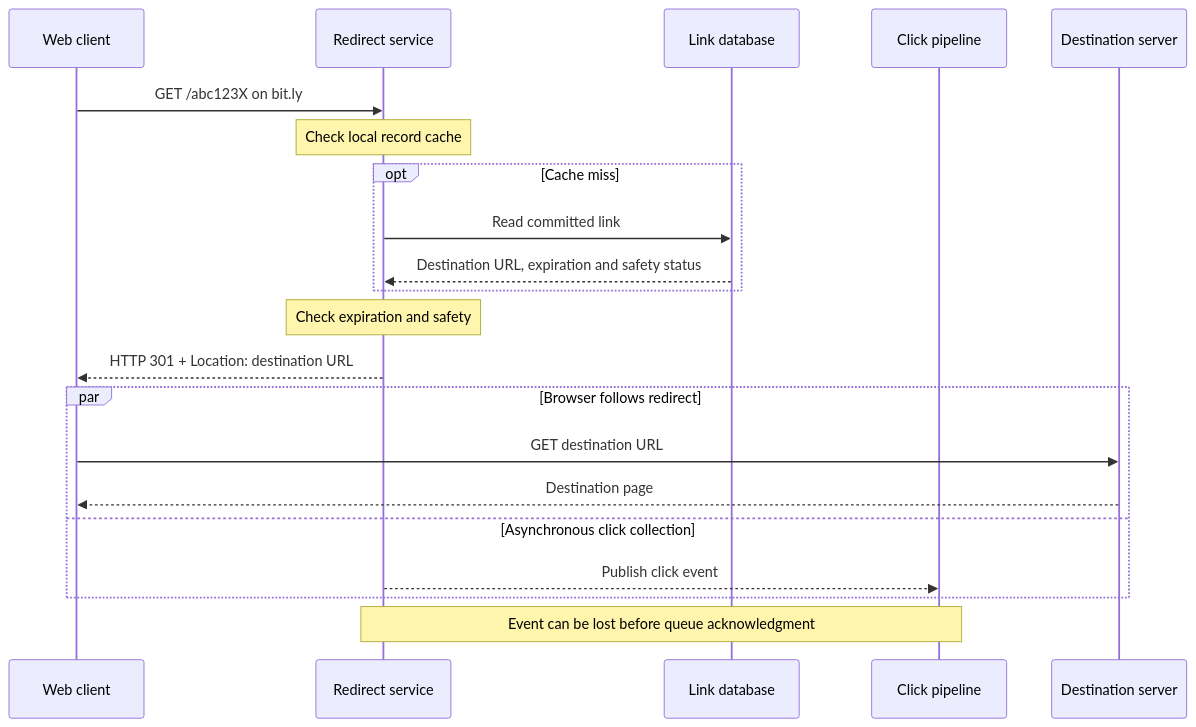
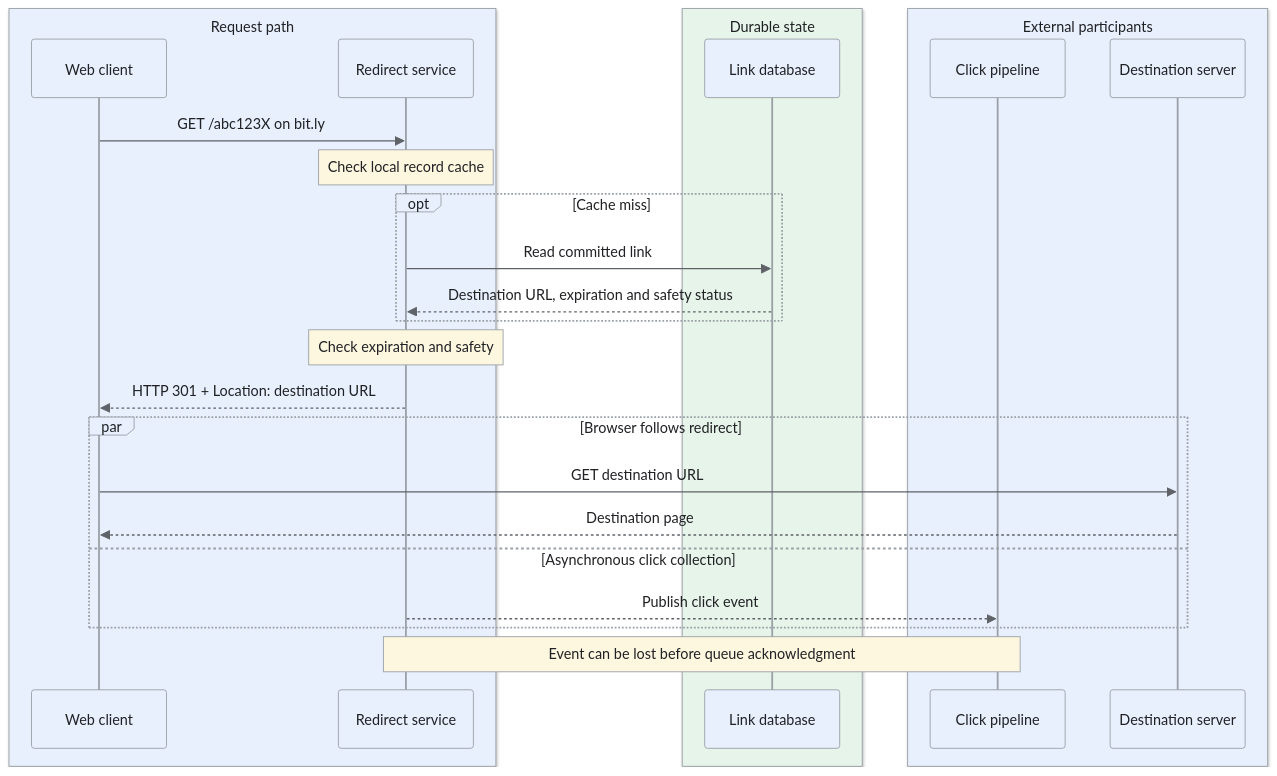
Before and after one commit to iliazlobin/iliazlobin.github.io: the third of 7 diagrams in _designs/system-design-bitly-url-shortener.md, drawn with Mermaid. The commit also changed other lines of this file and 131 other files, not shown here.

````diff
--- a/_designs/system-design-bitly-url-shortener.md
+++ b/_designs/system-design-bitly-url-shortener.md
@@ -293,23 +294,30 @@
 ```mermaid
+%%{init: {"theme":"base","themeVariables":{"primaryColor":"#e8f0fe","primaryBorderColor":"#9aa0a6","primaryTextColor":"#202124","secondaryColor":"#e6f4ea","tertiaryColor":"#fef7e0","lineColor":"#5f6368","actorBkg":"#e8f0fe","actorBorder":"#9aa0a6","actorTextColor":"#202124","noteBkgColor":"#fef7e0","noteBorderColor":"#9aa0a6","noteTextColor":"#202124","signalColor":"#5f6368","signalTextColor":"#202124"}}}%%
 sequenceDiagram
-    participant W as Web client
-    participant R as Redirect service
-    participant D as Link database
-    participant P as Click pipeline
-    participant T as Destination server
+  box rgb(232,240,254) Request path
+  participant W as Web client
+  participant R as Redirect service
+  end
+  box rgb(230,244,234) Durable state
+  participant D as Link database
+  end
+  box rgb(232,240,254) External participants
+  participant P as Click pipeline
+  participant T as Destination server
+  end
     W->>R: GET /abc123X on bit.ly
     Note over R: Check local record cache
     opt Cache miss
         R->>D: Read committed link
         D-->>R: Destination URL, expiration and safety status
     end
     Note over R: Check expiration and safety
     R-->>W: HTTP 301 + Location: destination URL
     par Browser follows redirect
         W->>T: GET destination URL
         T-->>W: Destination page
     and Asynchronous click collection
         R-->>P: Publish click event
     end
     Note over R,P: Event can be lost before queue acknowledgment
 ```
````
